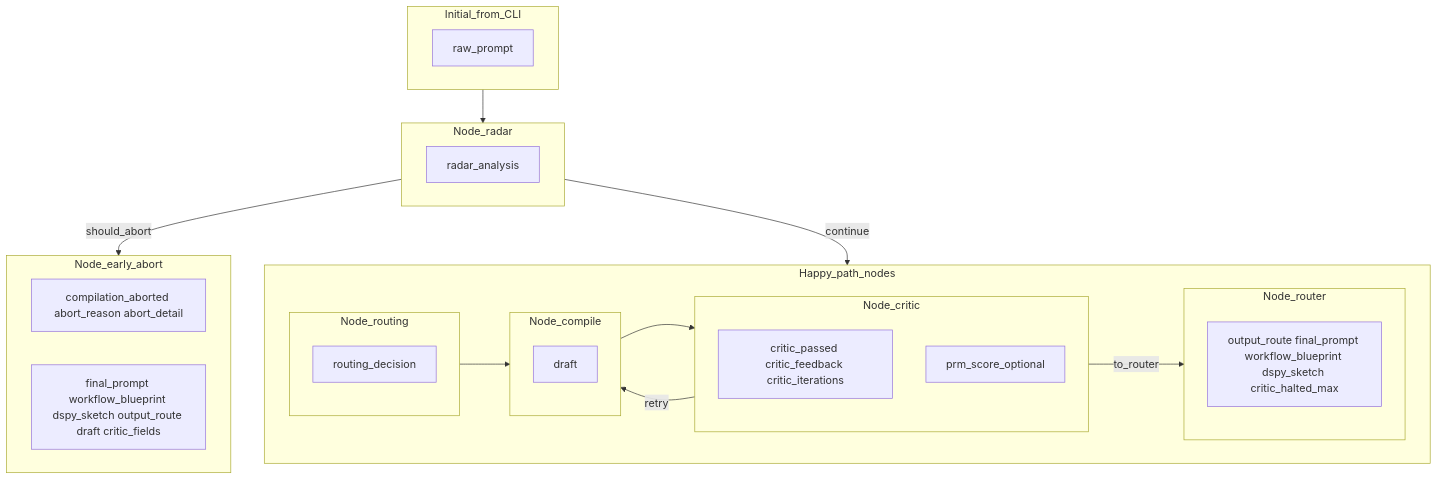
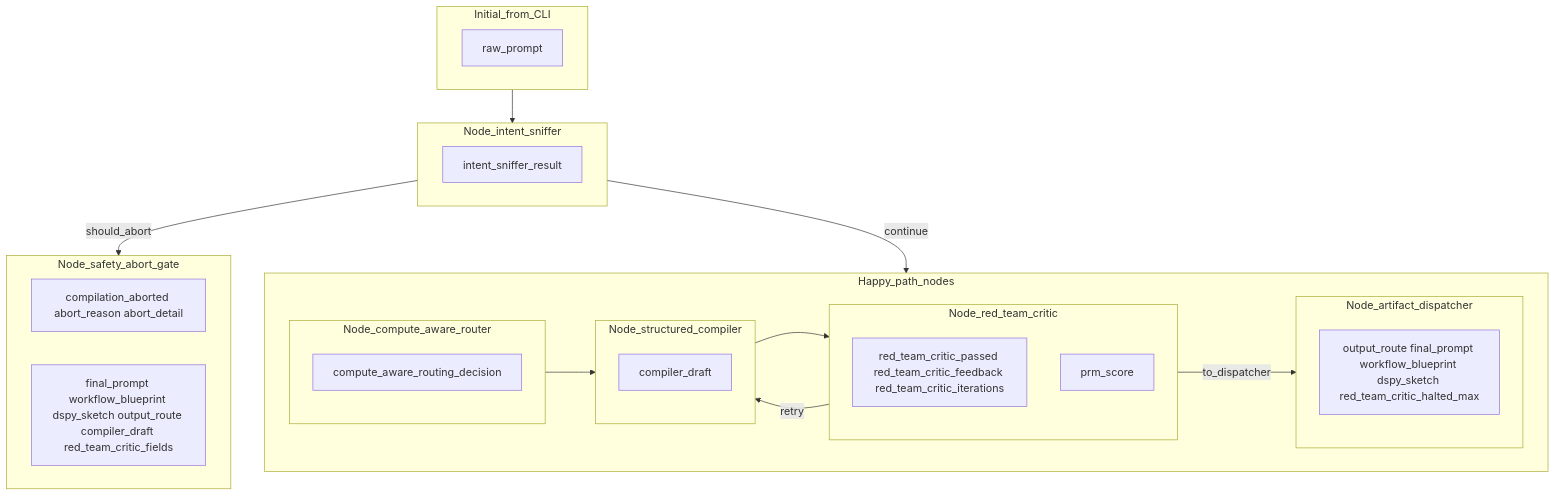
One commit to RimmonXIA/Prompt_Polisher changed the fifth of 5 diagrams in docs/CLI_INVOCATION_FLOW.md. Above: the diagram before and after it, drawn with Mermaid. The commit also changed other lines of this file and 6 other files, not shown here.

Commit message:
docs: synchronize all theory and flow documentation; bump version to 0.2.0

````diff
--- a/docs/CLI_INVOCATION_FLOW.md
+++ b/docs/CLI_INVOCATION_FLOW.md
@@ -161,39 +161,39 @@
 ```mermaid
 flowchart TD
   subgraph initial [Initial_from_CLI]
     raw[raw_prompt]
   end
 
-  subgraph node_radar [Node_radar]
-    ra[radar_analysis]
+  subgraph node_intent_sniffer [Node_intent_sniffer]
+    ra[intent_sniffer_result]
   end
 
-  subgraph node_abort [Node_early_abort]
+  subgraph node_abort [Node_safety_abort_gate]
     ab[compilation_aborted abort_reason abort_detail]
-    abOut[final_prompt workflow_blueprint dspy_sketch output_route draft critic_fields]
+    abOut[final_prompt workflow_blueprint dspy_sketch output_route compiler_draft red_team_critic_fields]
   end
 
   subgraph path_main [Happy_path_nodes]
-    subgraph node_routing [Node_routing]
-      rd[routing_decision]
+    subgraph node_compute_aware_router [Node_compute_aware_router]
+      rd[compute_aware_routing_decision]
     end
-    subgraph node_compile [Node_compile]
-      dr[draft]
+    subgraph node_structured_compiler [Node_structured_compiler]
+      dr[compiler_draft]
     end
-    subgraph node_critic [Node_critic]
-      cr[critic_passed critic_feedback critic_iterations]
-      prm[prm_score_optional]
+    subgraph node_red_team_critic [Node_red_team_critic]
+      cr[red_team_critic_passed red_team_critic_feedback red_team_critic_iterations]
+      prm[prm_score]
     end
-    subgraph node_router [Node_router]
-      ro[output_route final_prompt workflow_blueprint dspy_sketch critic_halted_max]
+    subgraph node_artifact_dispatcher [Node_artifact_dispatcher]
+      ro[output_route final_prompt workflow_blueprint dspy_sketch red_team_critic_halted_max]
     end
   end
 
-  initial --> node_radar
-  node_radar -->|should_abort| node_abort
-  node_radar -->|continue| path_main
-  node_routing --> node_compile
-  node_compile --> node_critic
-  node_critic -->|retry| node_compile
-  node_critic -->|to_router| node_router
+  initial --> node_intent_sniffer
+  node_intent_sniffer -->|should_abort| node_abort
+  node_intent_sniffer -->|continue| path_main
+  node_compute_aware_router --> node_structured_compiler
+  node_structured_compiler --> node_red_team_critic
+  node_red_team_critic -->|retry| node_structured_compiler
+  node_red_team_critic -->|to_dispatcher| node_artifact_dispatcher
 ```
````
